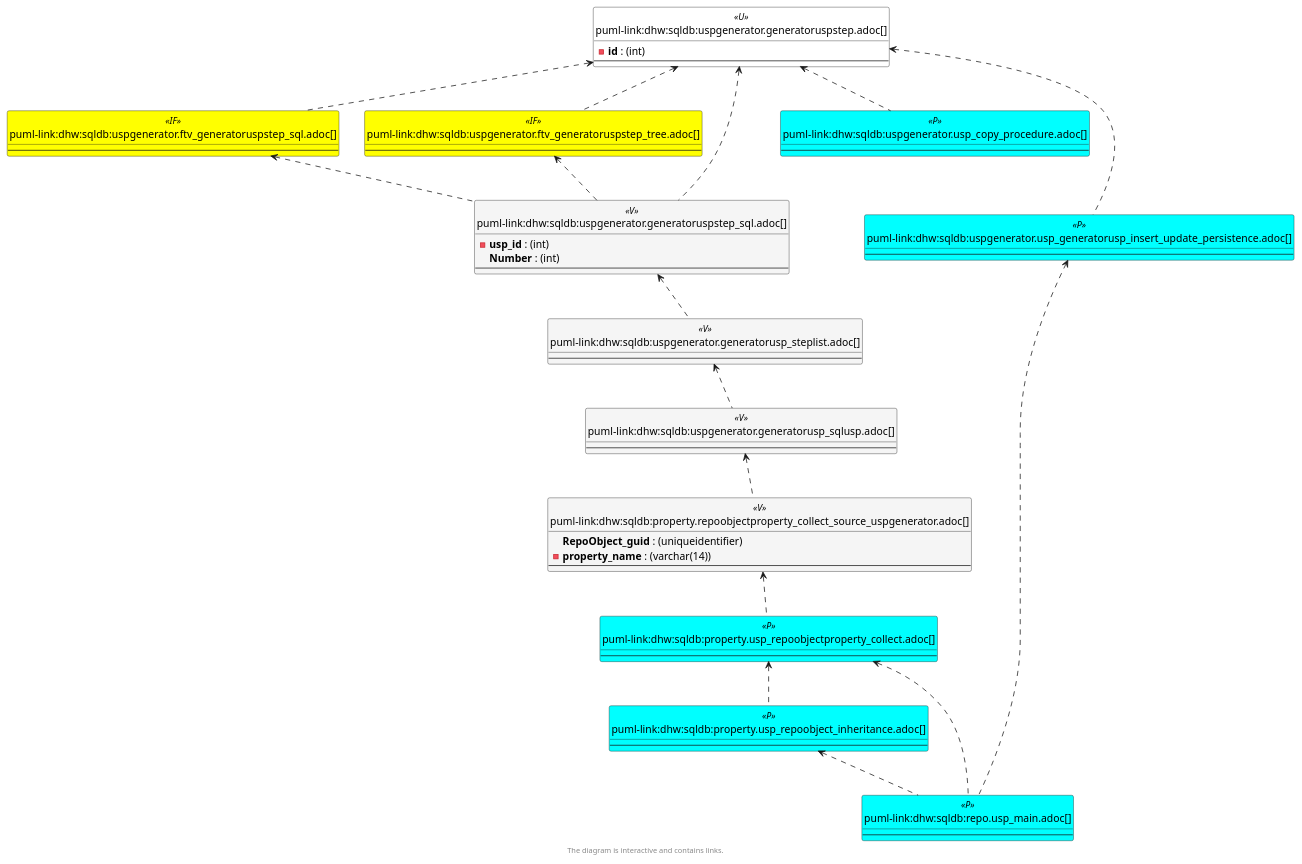
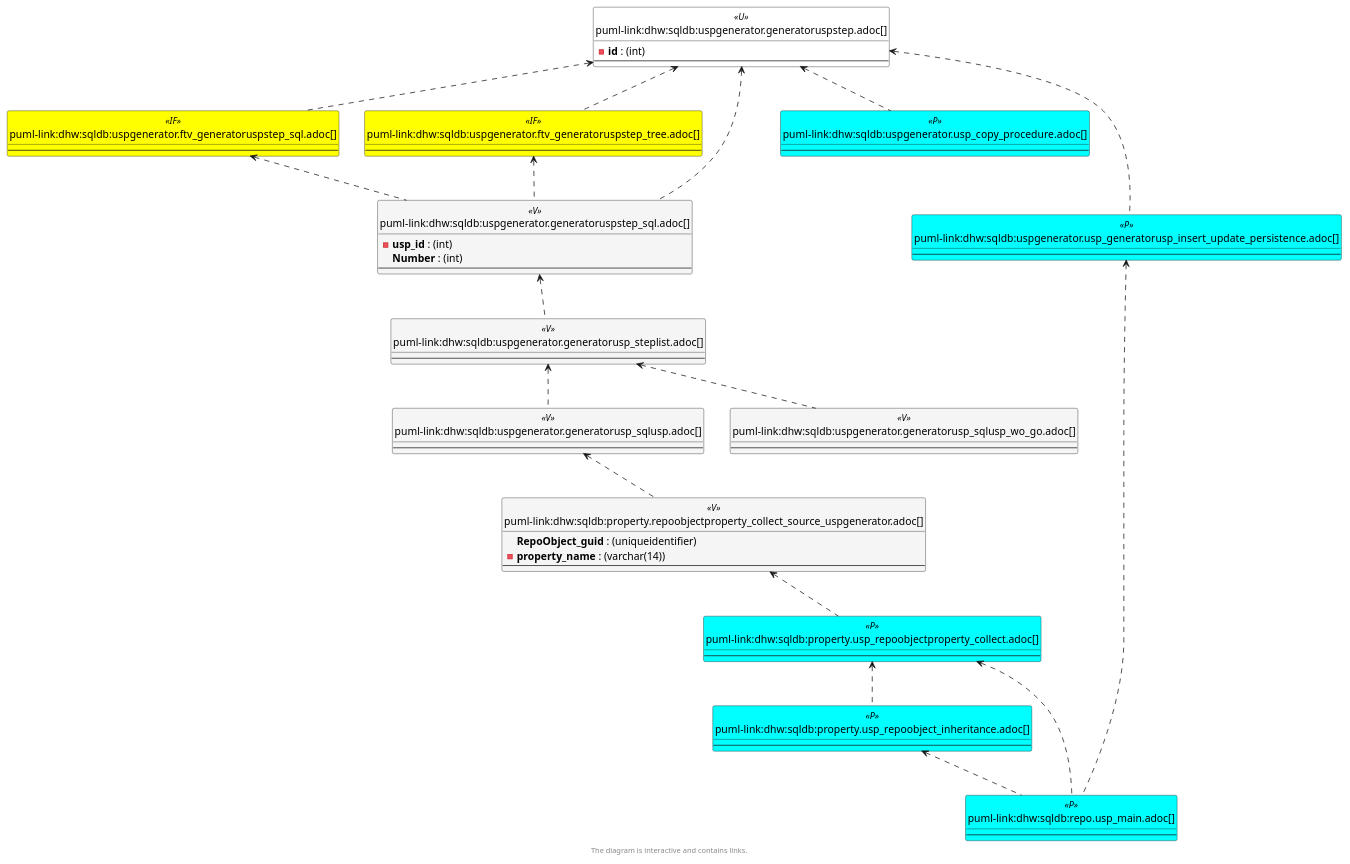
The fifth of 6 diagrams in docs/modules/sqldb/partials/content/uspgenerator.generatoruspstep.adoc (DataHandwerk/dhw-antora-sqldb), drawn with PlantUML before and after one commit. The commit also changed other lines of this file and 701 other files, not shown here.

```diff
--- a/docs/modules/sqldb/partials/content/uspgenerator.generatoruspstep.adoc
+++ b/docs/modules/sqldb/partials/content/uspgenerator.generatoruspstep.adoc
@@ -1290,6 +1290,10 @@
   --
 }
 
+entity "puml-link:dhw:sqldb:uspgenerator.generatorusp_sqlusp_wo_go.adoc[]" as uspgenerator.GeneratorUsp_SqlUsp_wo_GO << V >> {
+  --
+}
+
 entity "puml-link:dhw:sqldb:uspgenerator.generatorusp_steplist.adoc[]" as uspgenerator.GeneratorUsp_StepList << V >> {
   --
 }
@@ -1321,11 +1325,12 @@
 uspgenerator.ftv_GeneratorUspStep_tree <.. uspgenerator.GeneratorUspStep_Sql
 uspgenerator.GeneratorUsp_SqlUsp <.. property.RepoObjectProperty_Collect_source_uspgenerator
 uspgenerator.GeneratorUsp_StepList <.. uspgenerator.GeneratorUsp_SqlUsp
+uspgenerator.GeneratorUsp_StepList <.. uspgenerator.GeneratorUsp_SqlUsp_wo_GO
+uspgenerator.GeneratorUspStep <.. uspgenerator.ftv_GeneratorUspStep_sql
 uspgenerator.GeneratorUspStep <.. uspgenerator.ftv_GeneratorUspStep_tree
-uspgenerator.GeneratorUspStep <.. uspgenerator.ftv_GeneratorUspStep_sql
 uspgenerator.GeneratorUspStep <.. uspgenerator.GeneratorUspStep_Sql
+uspgenerator.GeneratorUspStep <.. uspgenerator.usp_copy_procedure
 uspgenerator.GeneratorUspStep <.. uspgenerator.usp_GeneratorUsp_insert_update_persistence
-uspgenerator.GeneratorUspStep <.. uspgenerator.usp_copy_procedure
 uspgenerator.GeneratorUspStep_Sql <.. uspgenerator.GeneratorUsp_StepList
 uspgenerator.usp_GeneratorUsp_insert_update_persistence <.. repo.usp_main
 
```
